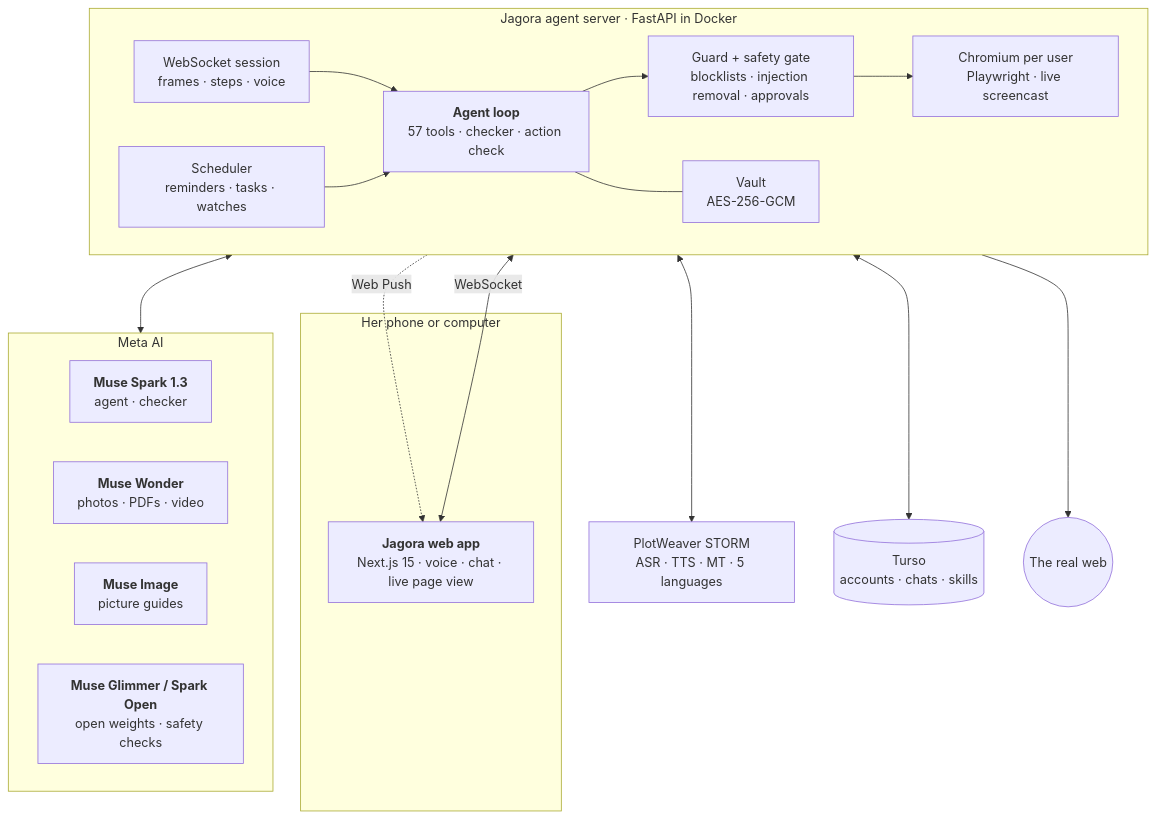
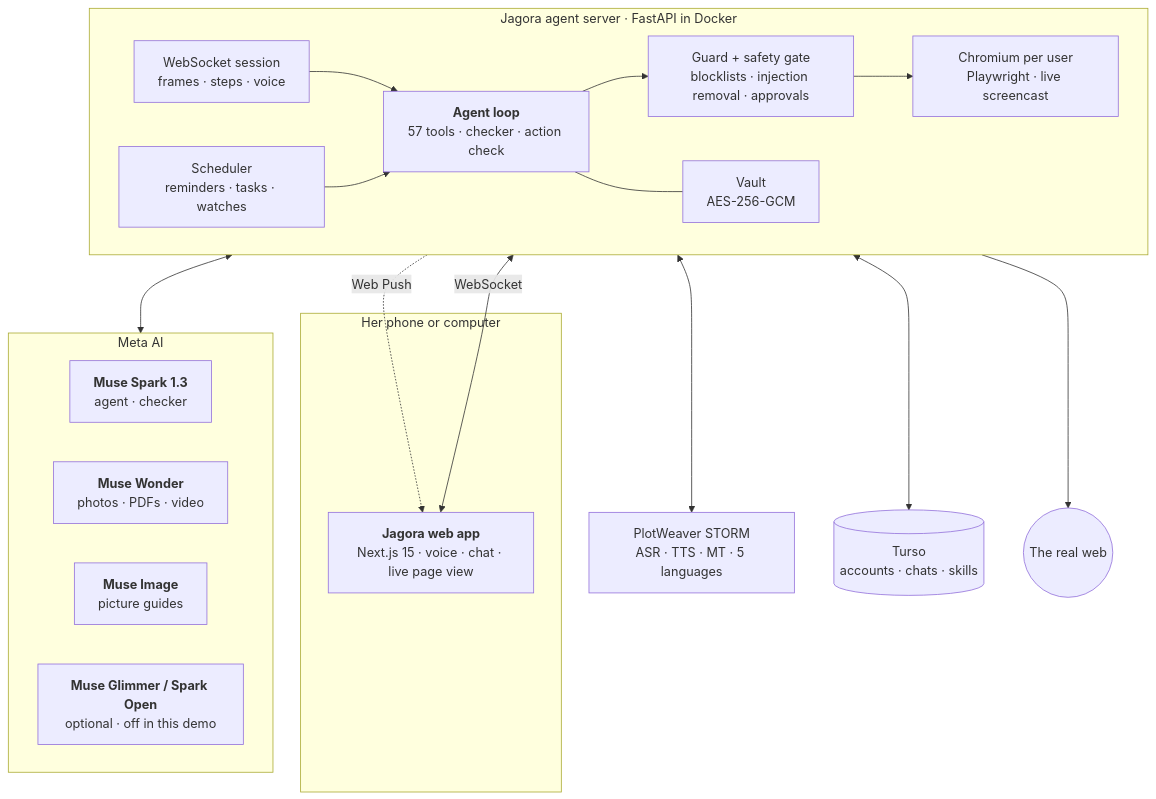
Before and after one commit to Ememzyvisuals/Jagora: the first of 3 diagrams in README.md, drawn with Mermaid. The commit also changed other lines of this file and 10 other files, not shown here.

Commit message:
Data saver for slow networks, measured data use, reproducible attack range records, open weights marked optional

````diff
--- a/README.md
+++ b/README.md
@@ -232,34 +232,34 @@
 ```mermaid
 flowchart TB
     subgraph User["Her phone or computer"]
         UI["<b>Jagora web app</b><br/>Next.js 15 · voice · chat · live page view"]
     end
 
     subgraph Server["Jagora agent server · FastAPI in Docker"]
         direction LR
         WS["WebSocket session<br/>frames · steps · voice"] --> AG["<b>Agent loop</b><br/>57 tools · checker · action check"]
         AG --> GD["Guard + safety gate<br/>blocklists · injection removal · approvals"]
         GD --> BR["Chromium per user<br/>Playwright · live screencast"]
         SCH["Scheduler<br/>reminders · tasks · watches"] --> AG
         AG --- VA["Vault<br/>AES-256-GCM"]
     end
 
     subgraph Meta["Meta AI"]
         direction LR
         SP["<b>Muse Spark 1.3</b><br/>agent · checker"]
         WO["<b>Muse Wonder</b><br/>photos · PDFs · video"]
         IM["<b>Muse Image</b><br/>picture guides"]
-        OW["<b>Muse Glimmer / Spark Open</b><br/>open weights · safety checks"]
+        OW["<b>Muse Glimmer / Spark Open</b><br/>optional · off in this demo"]
     end
 
     ST["PlotWeaver STORM<br/>ASR · TTS · MT · 5 languages"]
     DB[("Turso<br/>accounts · chats · skills")]
     WEB(("The real web"))
 
     UI <-->|"WebSocket"| WS
     AG <--> Meta
     BR --> WEB
     WS <--> ST
     AG <--> DB
     SCH -.->|"Web Push"| UI
 ```
````
